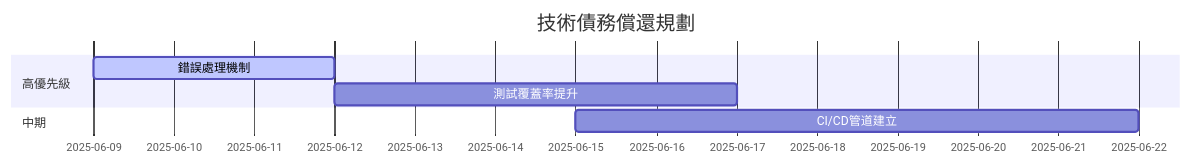
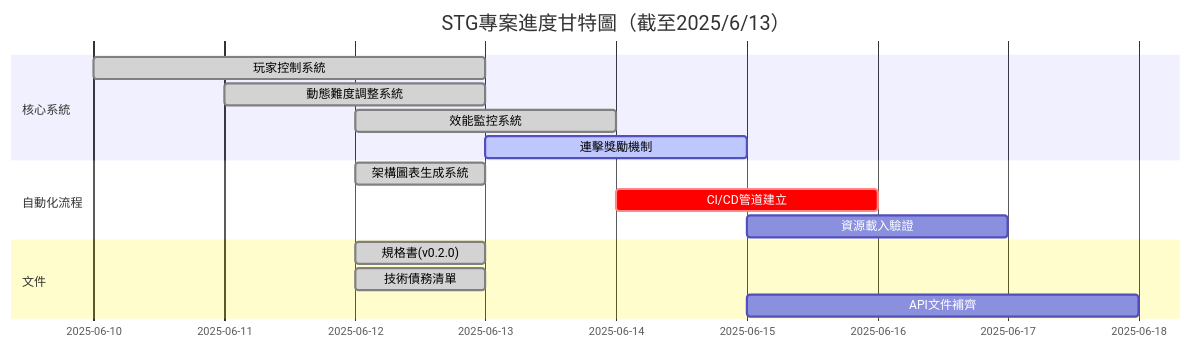
Before and after one commit to ainlee/Raiden: the second of 2 diagrams in report.md, drawn with Mermaid. The commit also changed other lines of this file and 20 other files, not shown here.

````diff
--- a/report.md
+++ b/report.md
@@ -38,10 +31,20 @@
 ```mermaid
 gantt
-    title 技術債務償還規劃
+    title STG專案進度甘特圖（截至2025/6/13）
     dateFormat  YYYY-MM-DD
-    section 高優先級
-    錯誤處理機制     :active, debt1, 2025-06-09, 3d
-    測試覆蓋率提升   : debt2, after debt1, 5d
-    section 中期
-    CI/CD管道建立    : debt3, 2025-06-15, 7d
+    section 核心系統
+    玩家控制系統           :done, des1, 2025-06-10, 3d
+    動態難度調整系統       :done, des2, 2025-06-11, 2d
+    效能監控系統           :done, des3, 2025-06-12, 2d
+    連擊獎勵機制           :active, des4, 2025-06-13, 2d
+
+    section 自動化流程
+    架構圖表生成系統       :done, a1, 2025-06-12, 1d
+    CI/CD管道建立          :crit, a2, 2025-06-14, 2d
+    資源載入驗證          : a3, 2025-06-15, 2d
+
+    section 文件
+    規格書(v0.2.0)        :done, doc1, 2025-06-12, 1d
+    技術債務清單          :done, doc2, 2025-06-12, 1d
+    API文件補齊           : doc3, 2025-06-15, 3d
 ```
````
